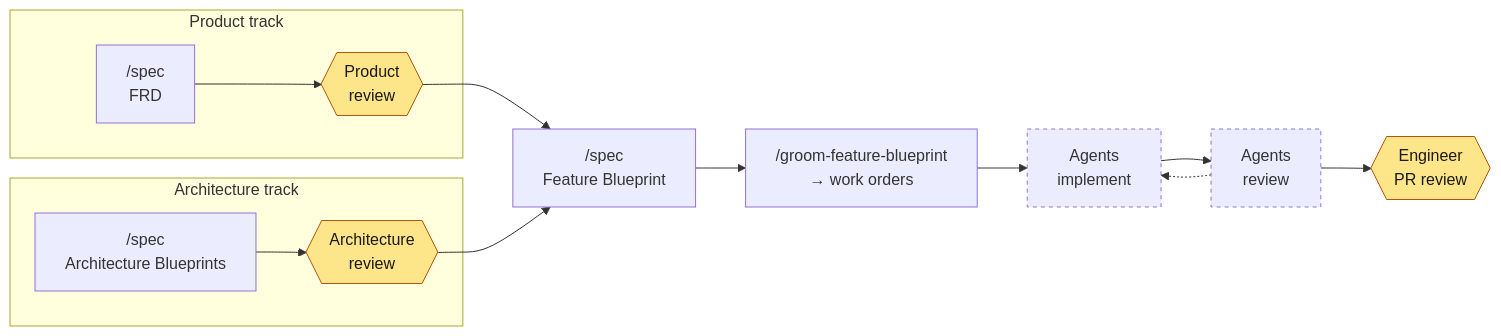
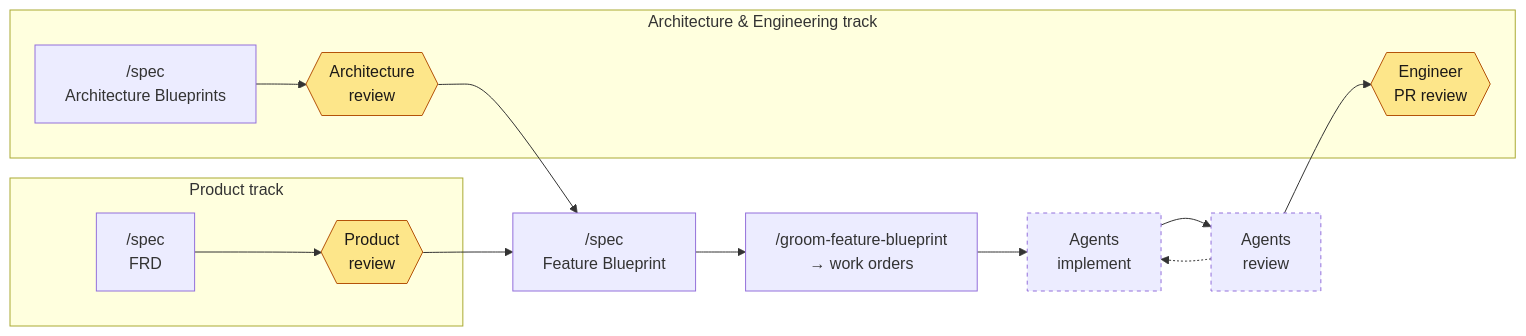
Before and after one commit to brettcallaghan/specs: the diagram in README.md, drawn with Mermaid. The commit also changed other lines of this file, not shown here.

First line of the commit message:
Rename the Architecture track to Architecture & Engineering, holding the PR review

````diff
--- a/README.md
+++ b/README.md
@@ -56,22 +56,23 @@
 ```mermaid
 flowchart LR
     subgraph product["Product track"]
         A["/spec<br/>FRD"] --> B{{"Product<br/>review"}}
     end
-    subgraph architecture["Architecture track"]
+    subgraph architecture["Architecture & Engineering track"]
         H["/spec<br/>Architecture Blueprints"] --> I{{"Architecture<br/>review"}}
+        G{{"Engineer<br/>PR review"}}
     end
     B --> C["/spec<br/>Feature Blueprint"]
     I --> C
     C --> E["/groom-feature-blueprint<br/>→ work orders"]
     E --> F["Agents<br/>implement"]
     F --> J["Agents<br/>review"]
     J -.-> F
-    J --> G{{"Engineer<br/>PR review"}}
+    J --> G
 
     style B fill:#fde68a,stroke:#b45309,color:#1c1917
     style I fill:#fde68a,stroke:#b45309,color:#1c1917
     style G fill:#fde68a,stroke:#b45309,color:#1c1917
     style F stroke-dasharray: 4 4
     style J stroke-dasharray: 4 4
 ```
````
